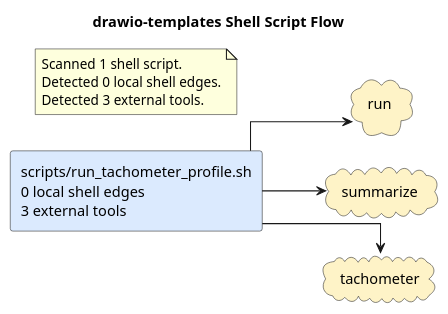
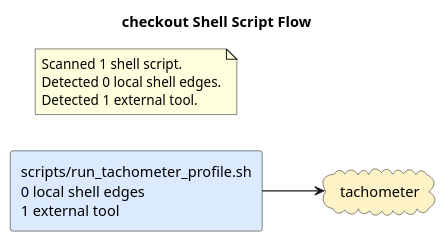
Before and after one commit to casonk/drawio-templates: the diagram in docs/diagrams/shell-call-graph.puml, drawn with PlantUML. The commit also changed 5 other files, not shown here.

Commit message:
docs: refresh generated architecture diagrams (#11)

```diff
--- a/docs/diagrams/shell-call-graph.puml
+++ b/docs/diagrams/shell-call-graph.puml
@@ -1,20 +1,16 @@
 @startuml
-title drawio-templates Shell Script Flow
+title checkout Shell Script Flow
 left to right direction
 skinparam shadowing false
 skinparam defaultFontName Monospace
 skinparam componentStyle rectangle
 skinparam linetype ortho
-rectangle "scripts/run_tachometer_profile.sh\n0 local shell edges\n3 external tools" as shell_scripts_run_tachometer_profile_sh #DBEAFE
-cloud "run" as tool_run #FEF3C7
-cloud "summarize" as tool_summarize #FEF3C7
+rectangle "scripts/run_tachometer_profile.sh\n0 local shell edges\n1 external tool" as shell_scripts_run_tachometer_profile_sh #DBEAFE
 cloud "tachometer" as tool_tachometer #FEF3C7
-shell_scripts_run_tachometer_profile_sh --> tool_run
-shell_scripts_run_tachometer_profile_sh --> tool_summarize
 shell_scripts_run_tachometer_profile_sh --> tool_tachometer
 note as shellGraphSummary
 Scanned 1 shell script.
 Detected 0 local shell edges.
-Detected 3 external tools.
+Detected 1 external tool.
 end note
 @enduml
```
